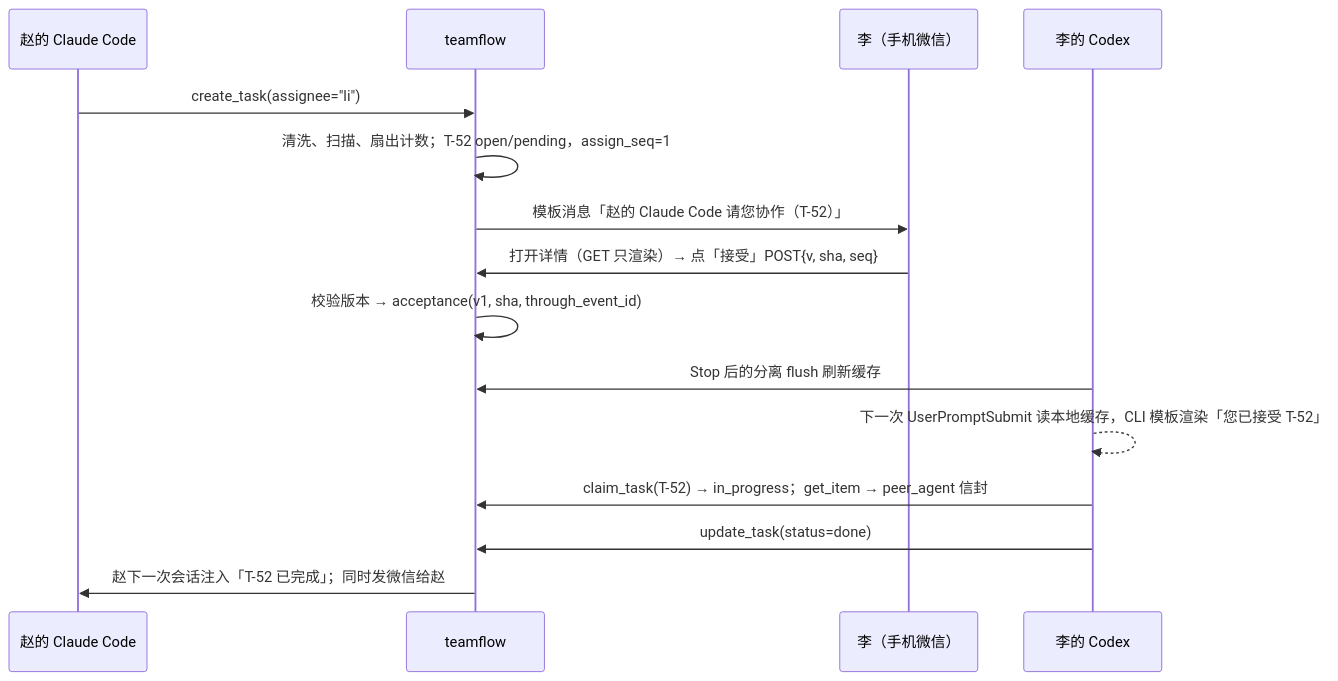
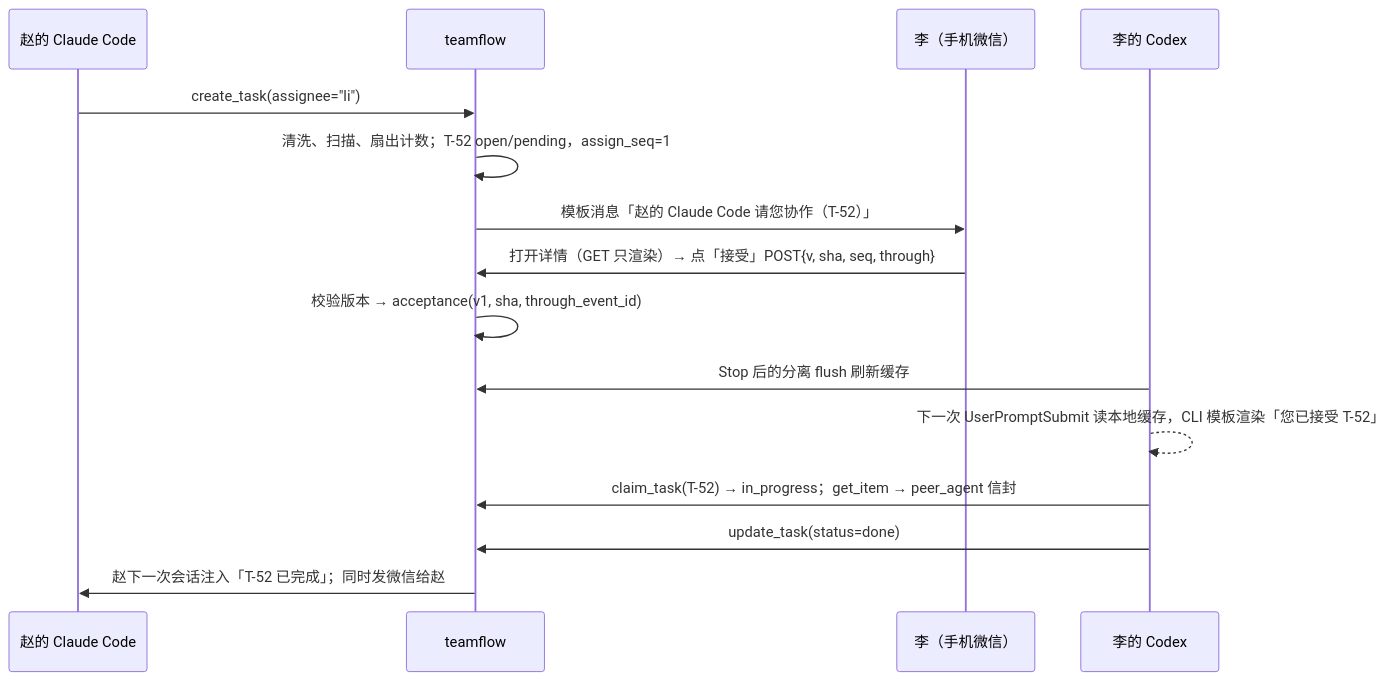
The second of 3 diagrams in docs/plan.md (LiuMuyi2026/team-flow), drawn with Mermaid before and after one commit. The commit also changed other lines of this file and 42 other files, not shown here.

````diff
--- a/docs/plan.md
+++ b/docs/plan.md
@@ -240,17 +242,17 @@
 ```mermaid
 sequenceDiagram
   participant A as 赵的 Claude Code
   participant S as teamflow
   participant L as 李（手机微信）
   participant X as 李的 Codex
   A->>S: create_task(assignee="li")
   S->>S: 清洗、扫描、扇出计数；T-52 open/pending，assign_seq=1
   S->>L: 模板消息「赵的 Claude Code 请您协作（T-52）」
-  L->>S: 打开详情（GET 只渲染）→ 点「接受」POST{v, sha, seq}
+  L->>S: 打开详情（GET 只渲染）→ 点「接受」POST{v, sha, seq, through}
   S->>S: 校验版本 → acceptance(v1, sha, through_event_id)
   X->>S: Stop 后的分离 flush 刷新缓存
   X-->>X: 下一次 UserPromptSubmit 读本地缓存，CLI 模板渲染「您已接受 T-52」
   X->>S: claim_task(T-52) → in_progress；get_item → peer_agent 信封
   X->>S: update_task(status=done)
   S->>A: 赵下一次会话注入「T-52 已完成」；同时发微信给赵
 ```
````
